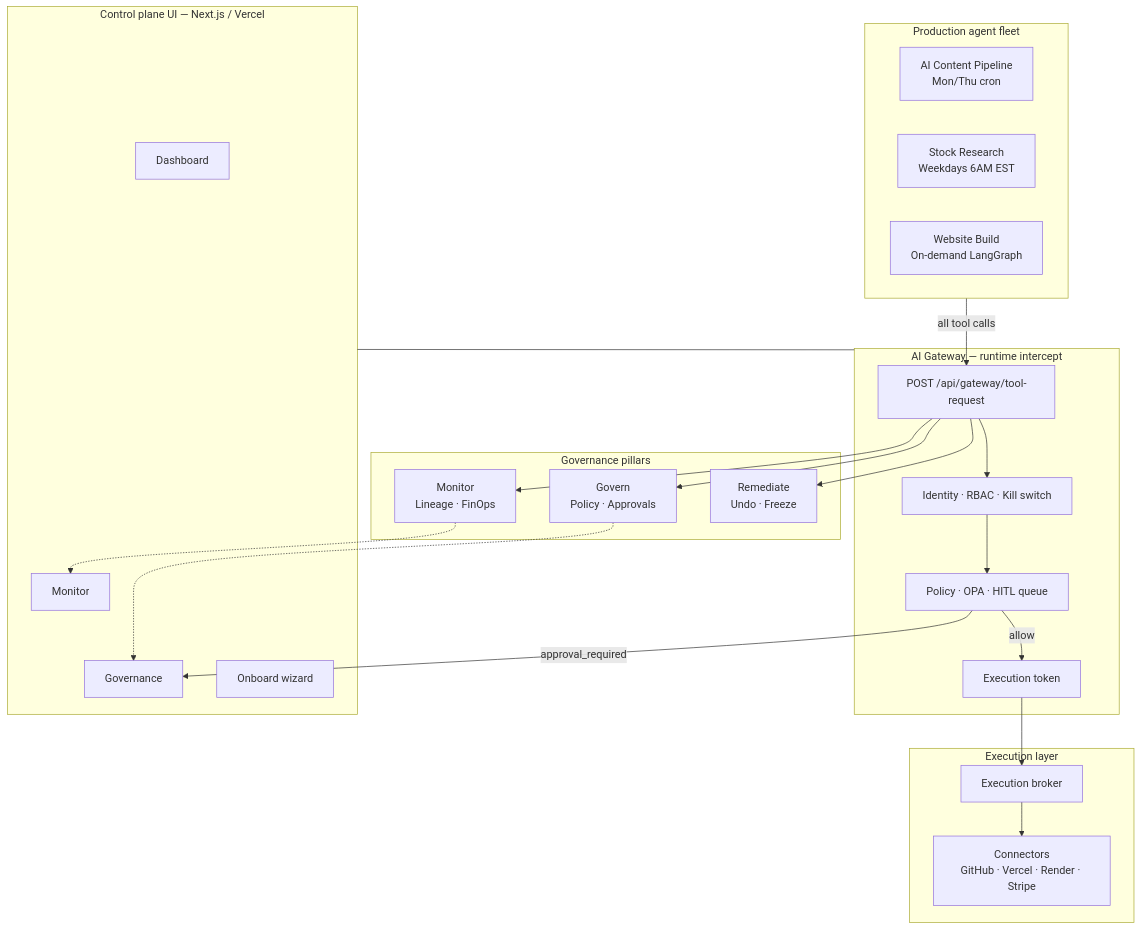
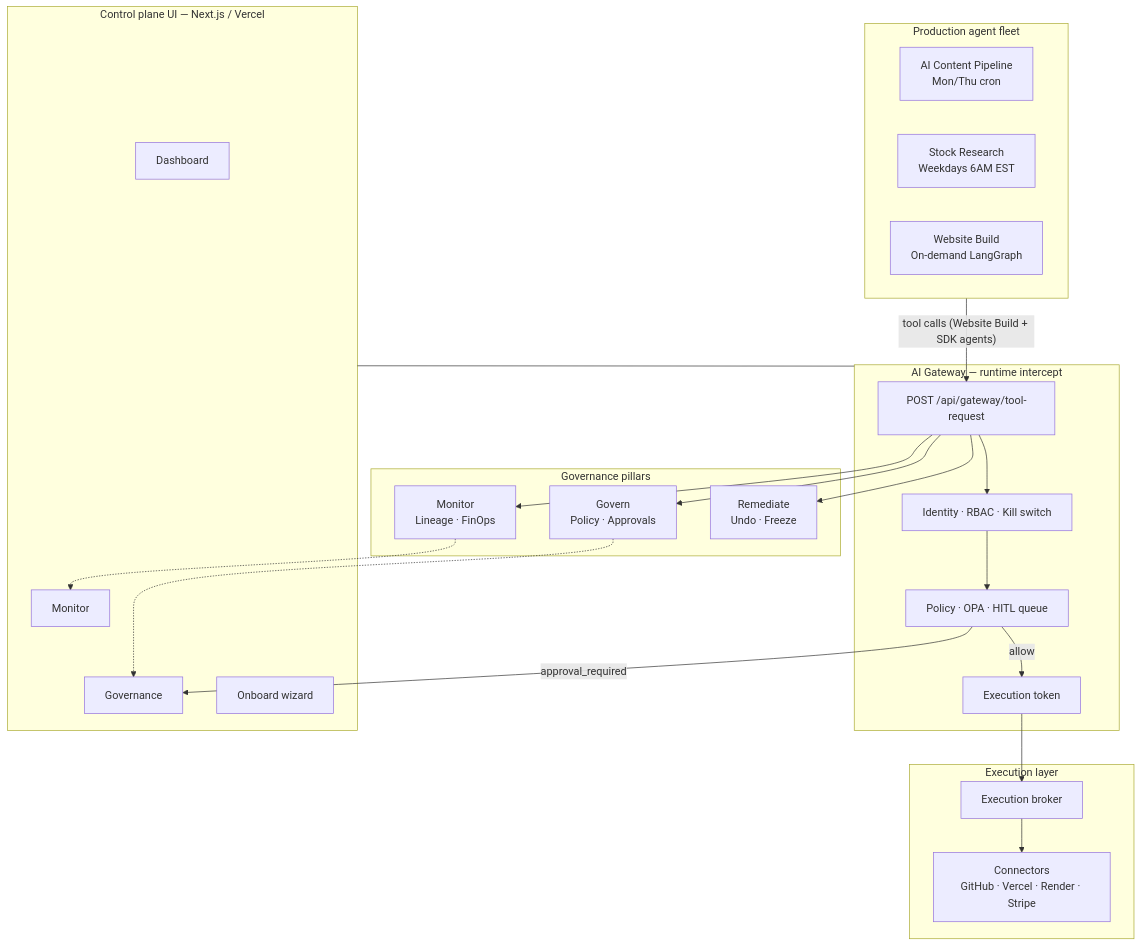
Before and after one commit to vpeetla-ai/aegisai-enterprise-agent-platform: the first of 3 diagrams in README.md, drawn with Mermaid. The commit also changed other lines of this file and 2 other files, not shown here.

First line of the commit message:
Align architecture docs with honest gateway coverage and ecosystem map.

````diff
--- a/README.md
+++ b/README.md
@@ -44,44 +62,44 @@
 ```mermaid
 flowchart TB
     subgraph Fleet["Production agent fleet"]
         CONTENT["AI Content Pipeline<br/>Mon/Thu cron"]
         STOCK["Stock Research<br/>Weekdays 6AM EST"]
         WEB["Website Build<br/>On-demand LangGraph"]
     end
 
     subgraph Gateway["AI Gateway — runtime intercept"]
         GW["POST /api/gateway/tool-request"]
         ID["Identity · RBAC · Kill switch"]
         POL["Policy · OPA · HITL queue"]
         TOK["Execution token"]
     end
 
     subgraph Pillars["Governance pillars"]
         MON["Monitor<br/>Lineage · FinOps"]
         GOV["Govern<br/>Policy · Approvals"]
         REM["Remediate<br/>Undo · Freeze"]
     end
 
     subgraph UI["Control plane UI — Next.js / Vercel"]
         DASH["Dashboard"]
         MON_UI["Monitor"]
         GOV_UI["Governance"]
         ONB["Onboard wizard"]
     end
 
     subgraph Exec["Execution layer"]
         BRK["Execution broker"]
         CONN["Connectors<br/>GitHub · Vercel · Render · Stripe"]
     end
 
-    Fleet -->|"all tool calls"| GW
+    Fleet -->|"tool calls (Website Build + SDK agents)"| GW
     GW --> ID --> POL
     POL -->|"allow"| TOK --> BRK --> CONN
     POL -->|"approval_required"| GOV_UI
     GW --> MON
     GW --> GOV
     GW --> REM
     UI --- Gateway
     MON -.-> MON_UI
     GOV -.-> GOV_UI
 ```
````
